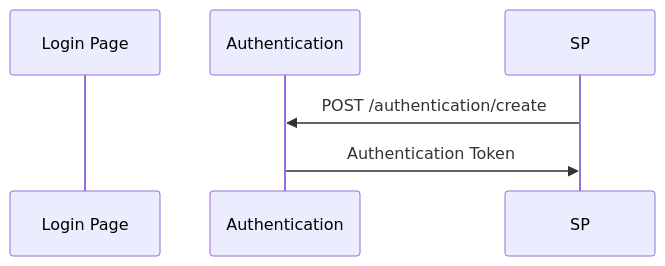
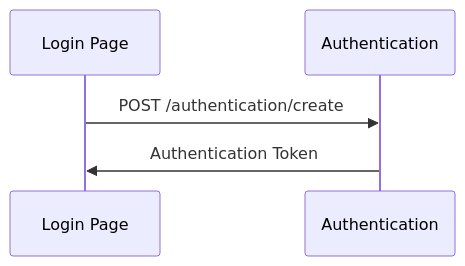
Before and after one commit to floriankdrone/floriankdrone.github.io: the third of 3 diagrams in _footfantasy/project_scoping.md, drawn with Mermaid.

```diff
--- a/_footfantasy/project_scoping.md
+++ b/_footfantasy/project_scoping.md
@@ -94,7 +94,7 @@
 <div class="mermaid">
 sequenceDiagram
   participant LP as Login Page
   participant Auth as Authentication
-  SP->>Auth: POST /authentication/create 
-  Auth->>SP: Authentication Token
+  LP->>Auth: POST /authentication/create 
+  Auth->>LP: Authentication Token
 </div>
```
